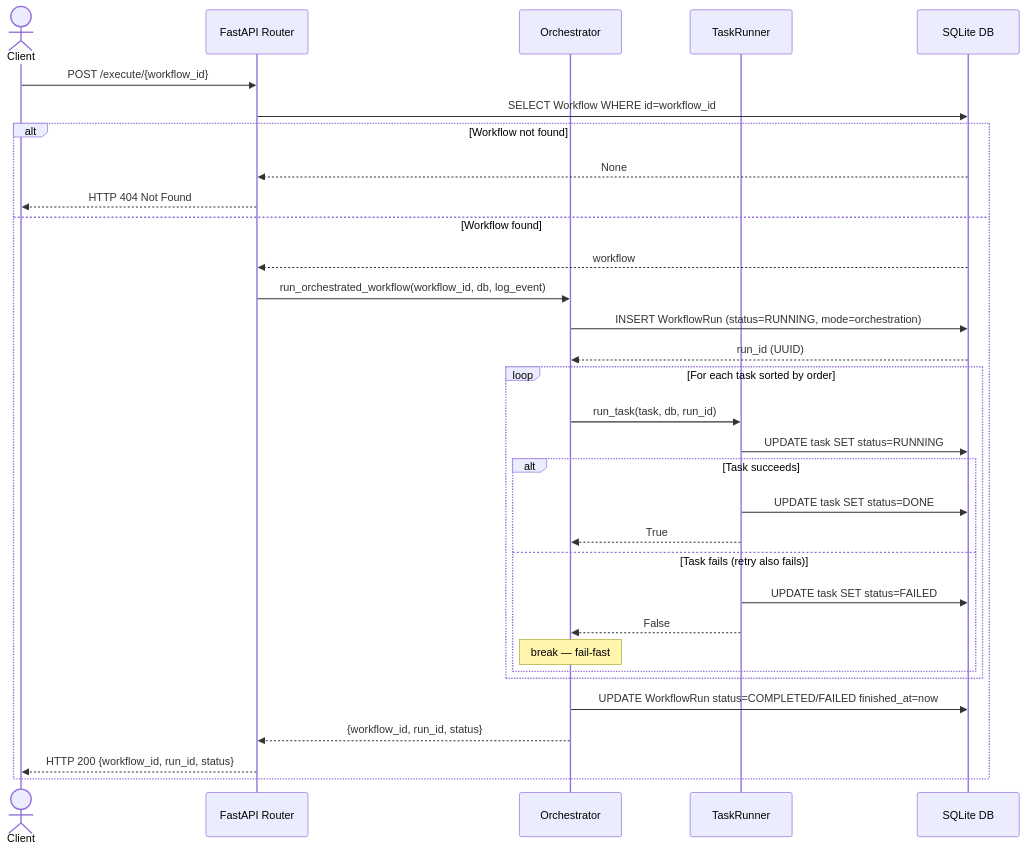
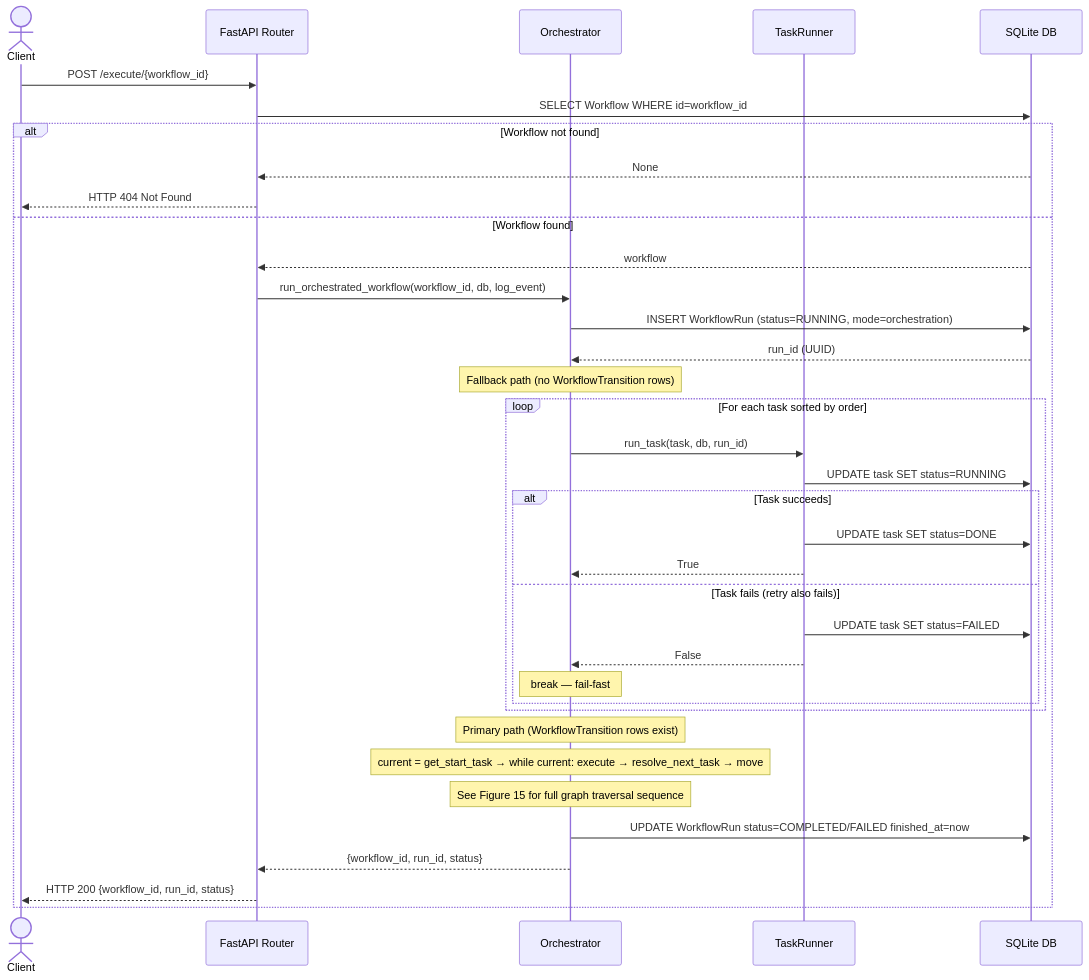
The ninth of 15 diagrams in docs/REPORT.md (MAES1102/WMS), drawn with Mermaid before and after one commit. The commit also changed other lines of this file and 32 other files, not shown here.

Commit message:
archive: preserve advanced graph prototype

````diff
--- a/docs/REPORT.md
+++ b/docs/REPORT.md
@@ -1260,35 +1517,39 @@
 ```mermaid
 sequenceDiagram
     actor Client
     participant Router as FastAPI Router
     participant Orch as Orchestrator
     participant TR as TaskRunner
     participant DB as SQLite DB
 
     Client->>Router: POST /execute/{workflow_id}
     Router->>DB: SELECT Workflow WHERE id=workflow_id
     alt Workflow not found
         DB-->>Router: None
         Router-->>Client: HTTP 404 Not Found
     else Workflow found
         DB-->>Router: workflow
         Router->>Orch: run_orchestrated_workflow(workflow_id, db, log_event)
         Orch->>DB: INSERT WorkflowRun (status=RUNNING, mode=orchestration)
         DB-->>Orch: run_id (UUID)
+        Note over Orch: Fallback path (no WorkflowTransition rows)
         loop For each task sorted by order
             Orch->>TR: run_task(task, db, run_id)
             TR->>DB: UPDATE task SET status=RUNNING
             alt Task succeeds
                 TR->>DB: UPDATE task SET status=DONE
                 TR-->>Orch: True
             else Task fails (retry also fails)
                 TR->>DB: UPDATE task SET status=FAILED
                 TR-->>Orch: False
                 Note over Orch: break — fail-fast
             end
         end
+        Note over Orch: Primary path (WorkflowTransition rows exist)
+        Note over Orch: current = get_start_task → while current: execute → resolve_next_task → move
+        Note over Orch: See Figure 15 for full graph traversal sequence
         Orch->>DB: UPDATE WorkflowRun status=COMPLETED/FAILED finished_at=now
         Orch-->>Router: {workflow_id, run_id, status}
         Router-->>Client: HTTP 200 {workflow_id, run_id, status}
     end
 ```
````
